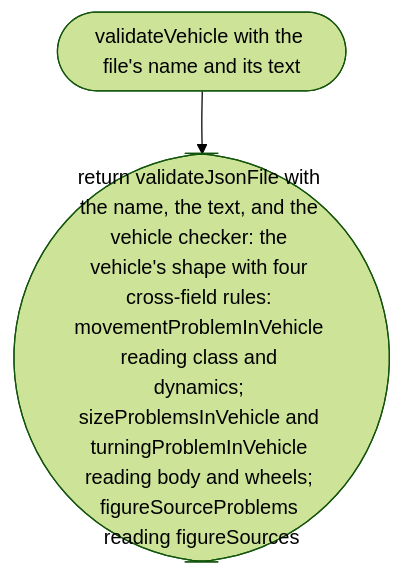
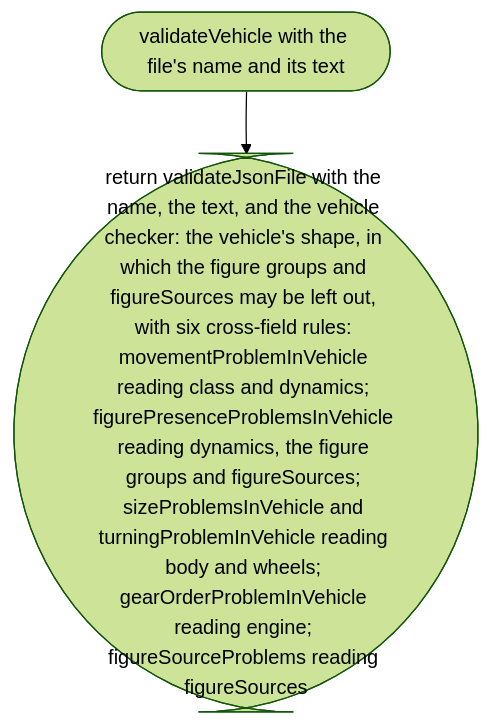
One commit to NewDara-Star/world-engine changed the eighth of 8 diagrams in docs/designs/src/place/vehicle.md. Above: the diagram before and after it, drawn with Mermaid (forest theme). The commit also changed other lines of this file and 41 other files, not shown here.

````diff
--- a/docs/designs/src/place/vehicle.md
+++ b/docs/designs/src/place/vehicle.md
@@ -111,6 +143,6 @@
 ```mermaid
 flowchart TD
   s(["validateVehicle with the file's name and its text"])
-  a(["return validateJsonFile with the name, the text, and the vehicle checker: the vehicle's shape with four cross-field rules: movementProblemInVehicle reading class and dynamics; sizeProblemsInVehicle and turningProblemInVehicle reading body and wheels; figureSourceProblems reading figureSources"])
+  a(["return validateJsonFile with the name, the text, and the vehicle checker: the vehicle's shape, in which the figure groups and figureSources may be left out, with six cross-field rules: movementProblemInVehicle reading class and dynamics; figurePresenceProblemsInVehicle reading dynamics, the figure groups and figureSources; sizeProblemsInVehicle and turningProblemInVehicle reading body and wheels; gearOrderProblemInVehicle reading engine; figureSourceProblems reading figureSources"])
   s --> a
 ```
````
